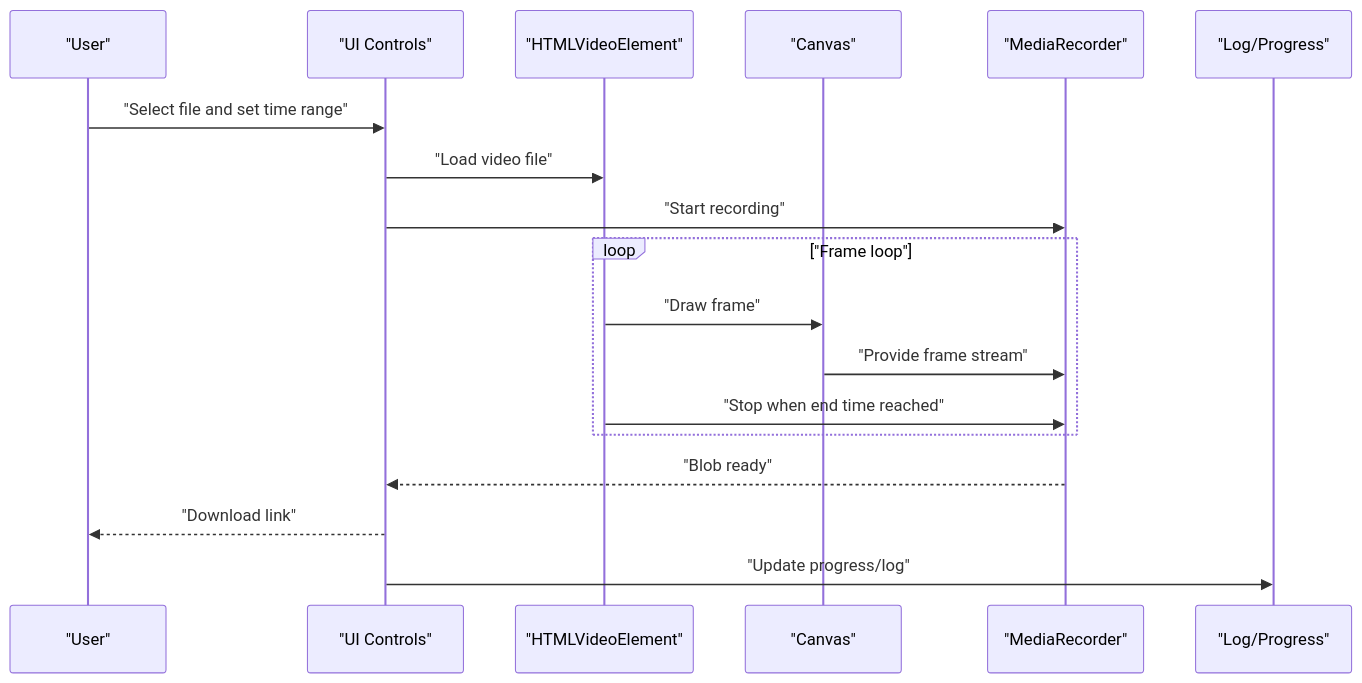
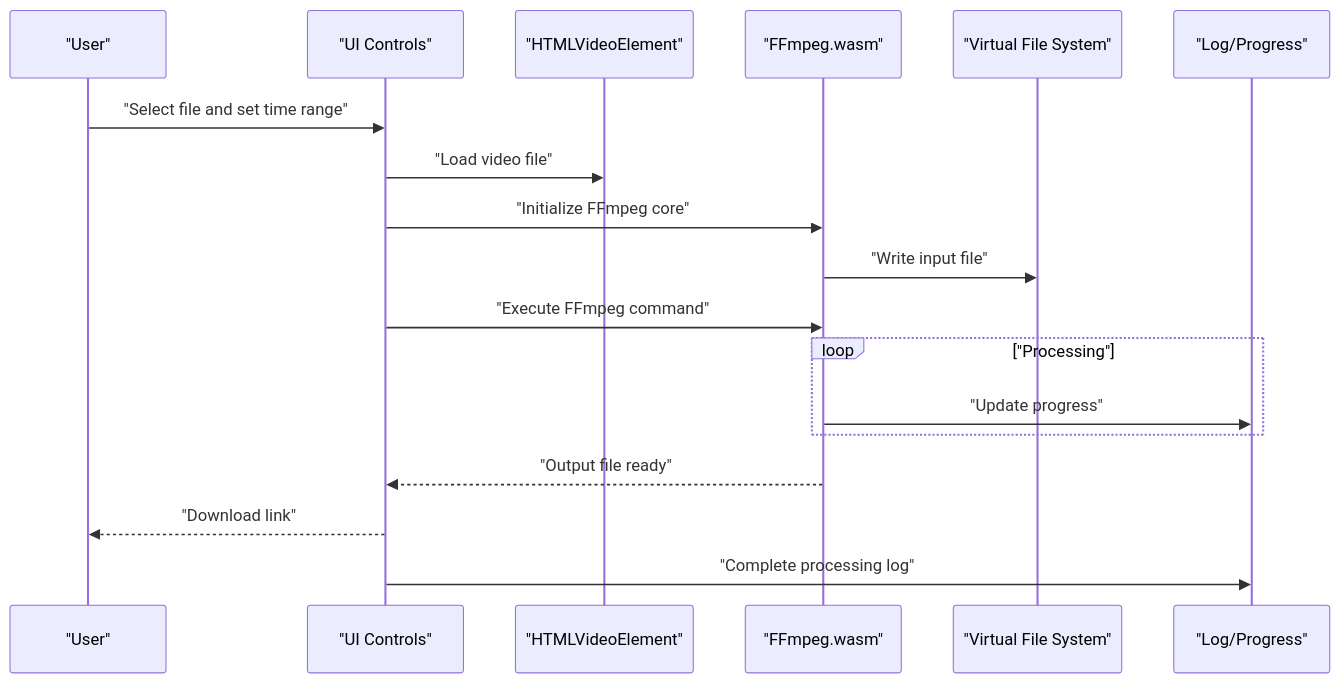
Before and after one commit to treasureGrove/TAWEBTOOL: the second of 7 diagrams in .qoder/repowiki/en/content/Video Processing Tools/Video Cutting and Trimming.md, drawn with Mermaid. The commit also changed other lines of this file and 101 other files, not shown here.

````diff
--- a/.qoder/repowiki/en/content/Video Processing Tools/Video Cutting and Trimming.md
+++ b/.qoder/repowiki/en/content/Video Processing Tools/Video Cutting and Trimming.md
@@ -74,20 +90,20 @@
 ```mermaid
 sequenceDiagram
 participant U as "User"
 participant UI as "UI Controls"
 participant V as "HTMLVideoElement"
-participant C as "Canvas"
-participant R as "MediaRecorder"
+participant F as "FFmpeg.wasm"
+participant FS as "Virtual File System"
 participant L as "Log/Progress"
 U->>UI : "Select file and set time range"
 UI->>V : "Load video file"
-UI->>R : "Start recording"
-loop "Frame loop"
-V->>C : "Draw frame"
-C->>R : "Provide frame stream"
-V->>R : "Stop when end time reached"
+UI->>F : "Initialize FFmpeg core"
+F->>FS : "Write input file"
+UI->>F : "Execute FFmpeg command"
+loop "Processing"
+F->>L : "Update progress"
 end
-R-->>UI : "Blob ready"
+F-->>UI : "Output file ready"
 UI-->>U : "Download link"
-UI->>L : "Update progress/log"
+UI->>L : "Complete processing log"
 ```
````
